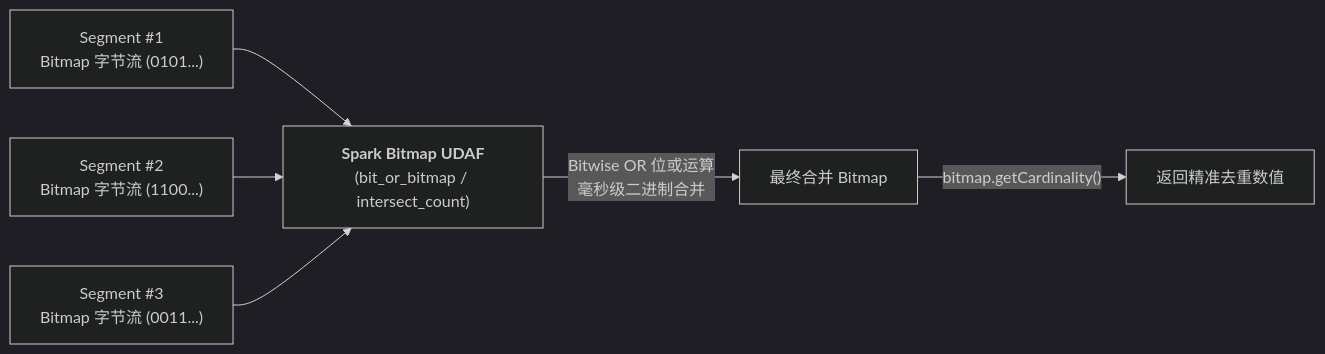
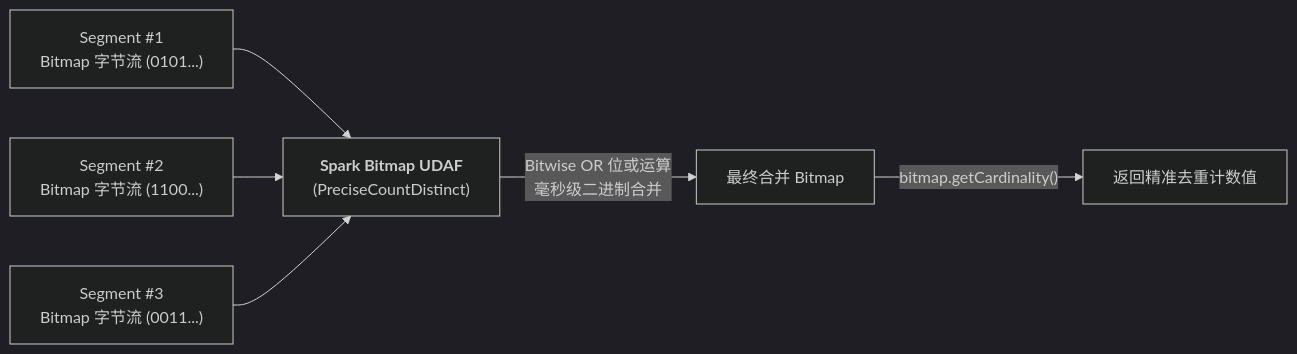
Before and after one commit to Mrhs121/mrhs121.github.io: the second of 4 diagrams in posts/2026-08-18-kylin-query-engine-05-sparder-runtime-and-udaf.md, drawn with Mermaid (dark theme). The commit also changed other lines of this file and 5 other files, not shown here.

````diff
--- a/posts/2026-08-18-kylin-query-engine-05-sparder-runtime-and-udaf.md
+++ b/posts/2026-08-18-kylin-query-engine-05-sparder-runtime-and-udaf.md
@@ -61,9 +95,9 @@
 ```mermaid
 flowchart LR
-    Seg1["Segment #1<br/>Bitmap 字节流 (0101...)"] --> UDAF["<b>Spark Bitmap UDAF</b><br/>(bit_or_bitmap / intersect_count)"]
+    Seg1["Segment #1<br/>Bitmap 字节流 (0101...)"] --> UDAF["<b>Spark Bitmap UDAF</b><br/>(PreciseCountDistinct)"]
     Seg2["Segment #2<br/>Bitmap 字节流 (1100...)"] --> UDAF
     Seg3["Segment #3<br/>Bitmap 字节流 (0011...)"] --> UDAF
     
     UDAF -->|"Bitwise OR 位或运算<br/>毫秒级二进制合并"| Merged["最终合并 Bitmap"]
-    Merged -->|"bitmap.getCardinality()"| Cardinality["返回精准去重数值"]
+    Merged -->|"bitmap.getCardinality()"| Cardinality["返回精准去重计数值"]
 ```
````
